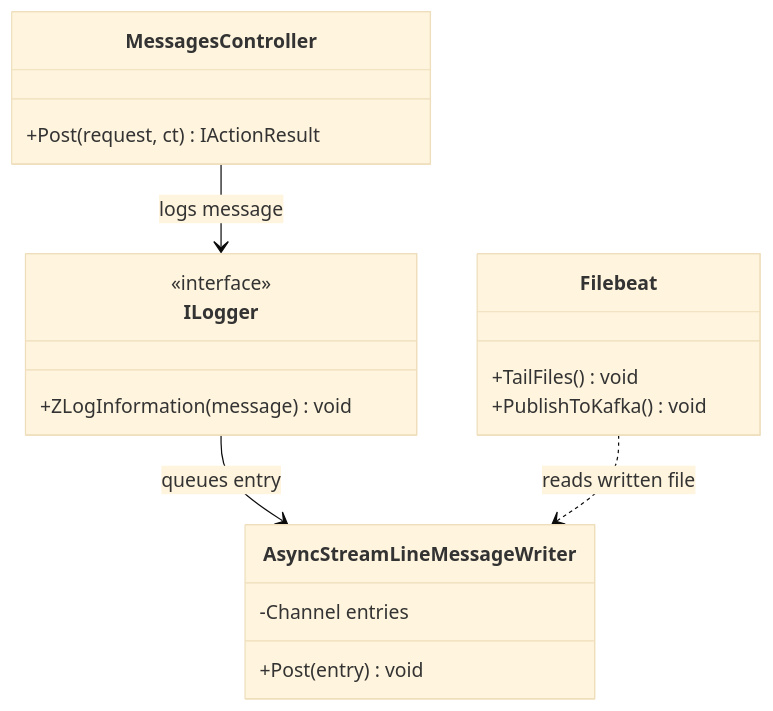
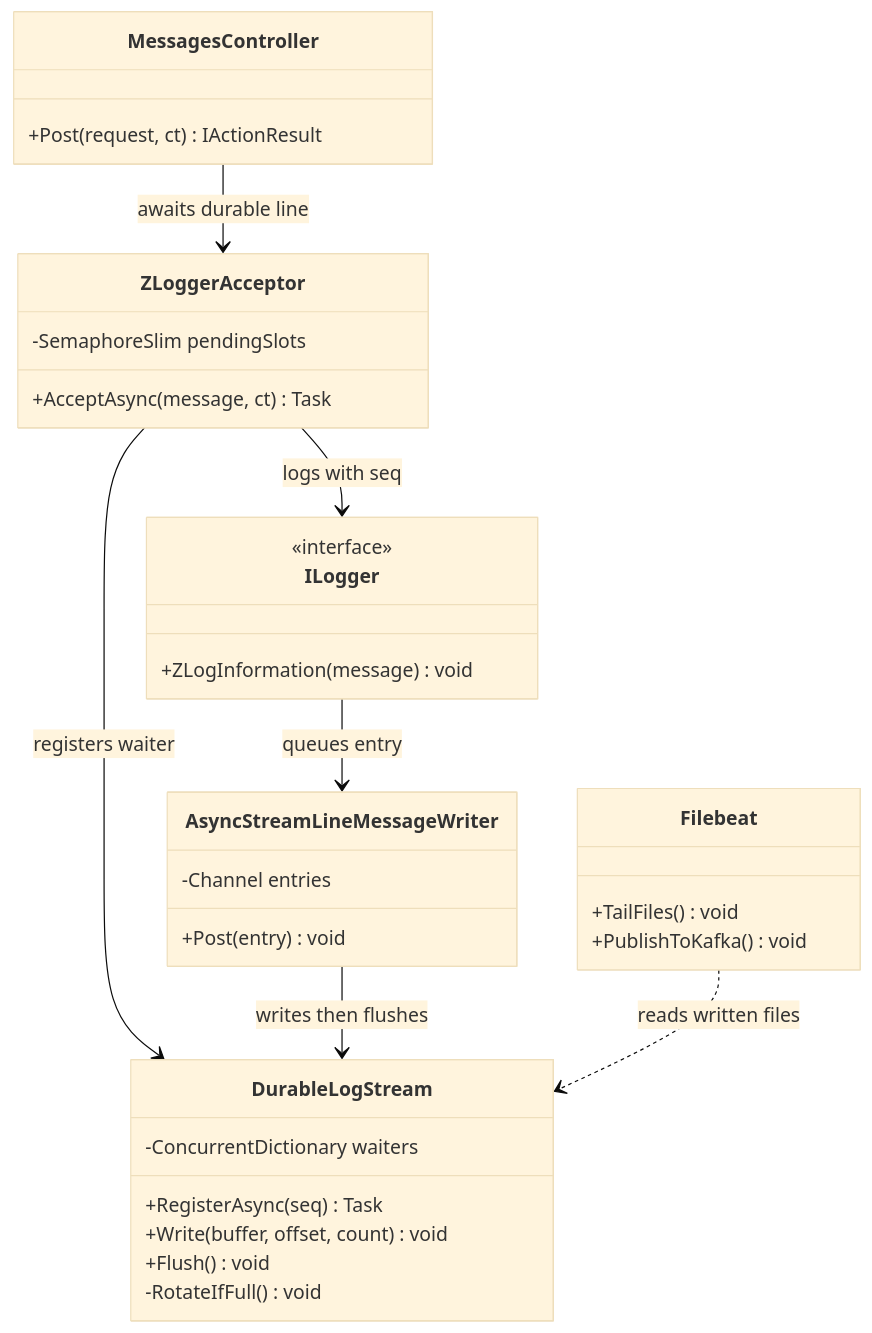
Before and after one commit to wesamkhateeb98-creator/OutMessageToKafka: the second of 3 diagrams in docs/zlogger-file-relay.md, drawn with Mermaid (base theme). The commit also changed other lines of this file and 26 other files, not shown here.

````diff
--- a/docs/zlogger-file-relay.md
+++ b/docs/zlogger-file-relay.md
@@ -38,21 +50,35 @@
 ```mermaid
 classDiagram
     class MessagesController {
         +Post(request, ct) IActionResult
+    }
+    class ZLoggerAcceptor {
+        -SemaphoreSlim pendingSlots
+        +AcceptAsync(message, ct) Task
     }
     class ILogger {
         <<interface>>
         +ZLogInformation(message) void
     }
     class AsyncStreamLineMessageWriter {
         -Channel entries
         +Post(entry) void
     }
+    class DurableLogStream {
+        -ConcurrentDictionary waiters
+        +RegisterAsync(seq) Task
+        +Write(buffer, offset, count) void
+        +Flush() void
+        -RotateIfFull() void
+    }
     class Filebeat {
         +TailFiles() void
         +PublishToKafka() void
     }
-    MessagesController --> ILogger : logs message
+    MessagesController --> ZLoggerAcceptor : awaits durable line
+    ZLoggerAcceptor --> DurableLogStream : registers waiter
+    ZLoggerAcceptor --> ILogger : logs with seq
     ILogger --> AsyncStreamLineMessageWriter : queues entry
-    Filebeat ..> AsyncStreamLineMessageWriter : reads written file
+    AsyncStreamLineMessageWriter --> DurableLogStream : writes then flushes
+    Filebeat ..> DurableLogStream : reads written files
 ```
````
